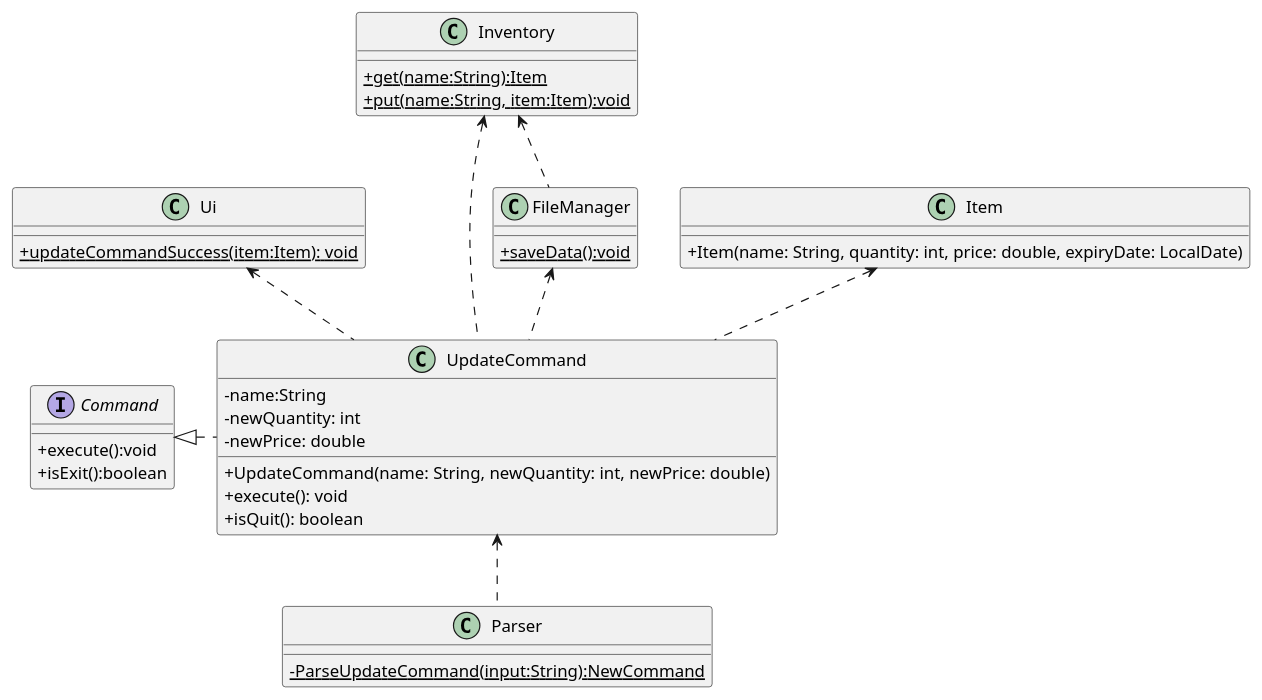
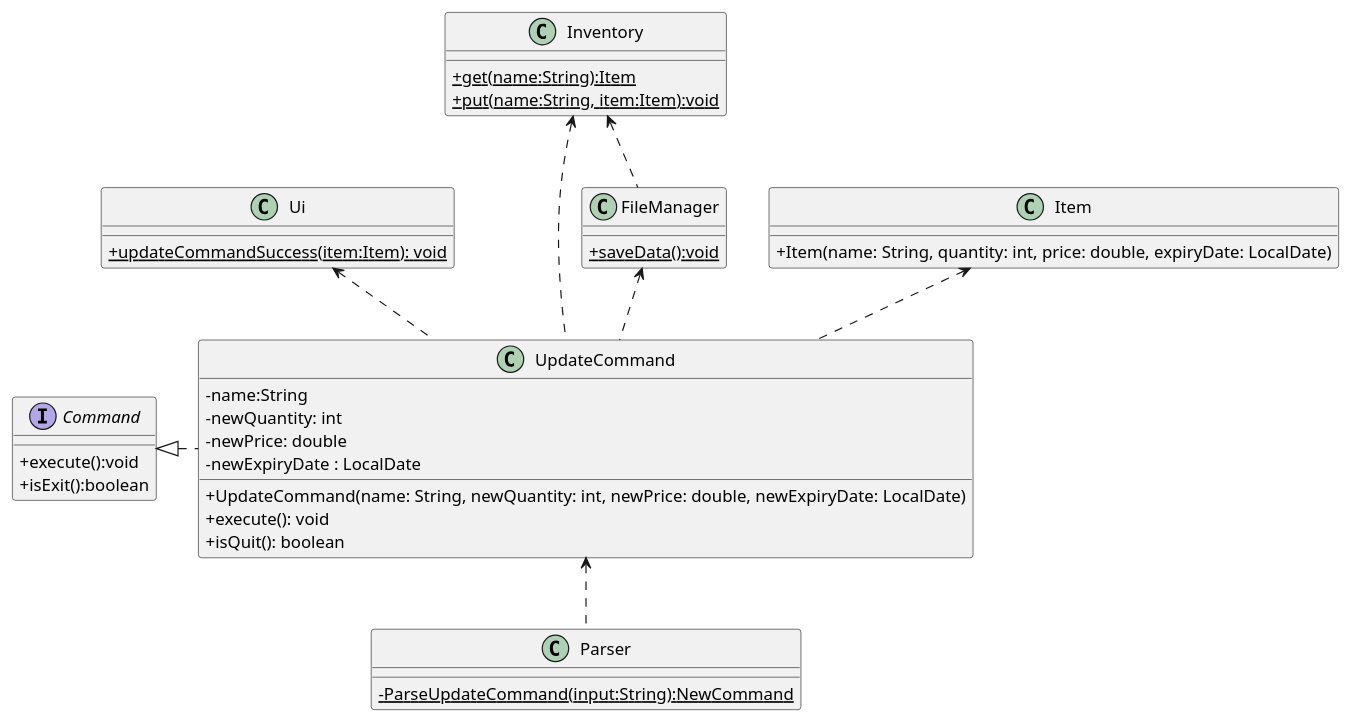
Before and after one commit to rismm/tp: the first of 2 diagrams in docs/uml-diagrams/UpdateCommand.puml, drawn with PlantUML. The commit also changed other lines of this file and 2 other files, not shown here.

Commit message:
update UpdateCommand UMLs

```diff
--- a/docs/uml-diagrams/UpdateCommand.puml
+++ b/docs/uml-diagrams/UpdateCommand.puml
@@ -1,56 +1,57 @@
 @startuml
 'https://plantuml.com/class-diagram
 skinparam classAttributeIconSize 0
 
 interface Command
 class Ui
 class Inventory
 class Item
 class UpdateCommand
 class Parser
 class FileManager
 
 UpdateCommand <.. Parser
 Command <|. UpdateCommand
 Ui <.. UpdateCommand
 Inventory <.. UpdateCommand
 Item <.. UpdateCommand
 FileManager <.. UpdateCommand
 Inventory <.. FileManager
 
 interface Command {
     +execute():void
     +isExit():boolean
 }
 
 class UpdateCommand {
     -name:String
     -newQuantity: int
     -newPrice: double
-    +UpdateCommand(name: String, newQuantity: int, newPrice: double)
+    -newExpiryDate : LocalDate
+    +UpdateCommand(name: String, newQuantity: int, newPrice: double, newExpiryDate: LocalDate)
     +execute(): void
     +isQuit(): boolean
 }
 
 class Item {
     +Item(name: String, quantity: int, price: double, expiryDate: LocalDate)
 }
 
 class Ui {
     {static}+updateCommandSuccess(item:Item): void
 }
 
 class Parser {
     {static}-ParseUpdateCommand(input:String):NewCommand
 }
 
 class Inventory {
     {static}+get(name:String):Item
     {static}+put(name:String, item:Item):void
 }
 
 class FileManager {
     {static}+saveData():void
 }
 
 @enduml
```
